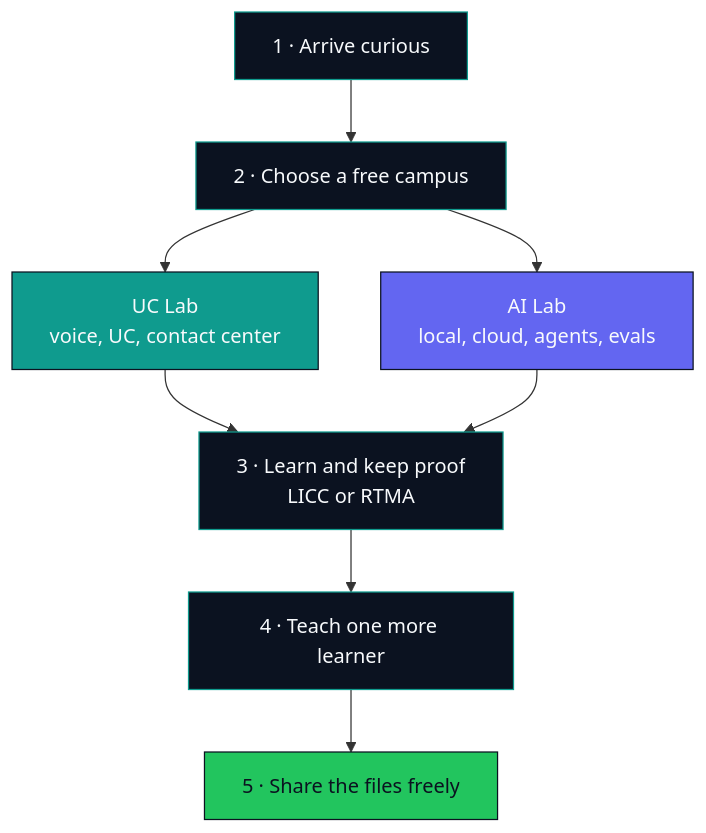
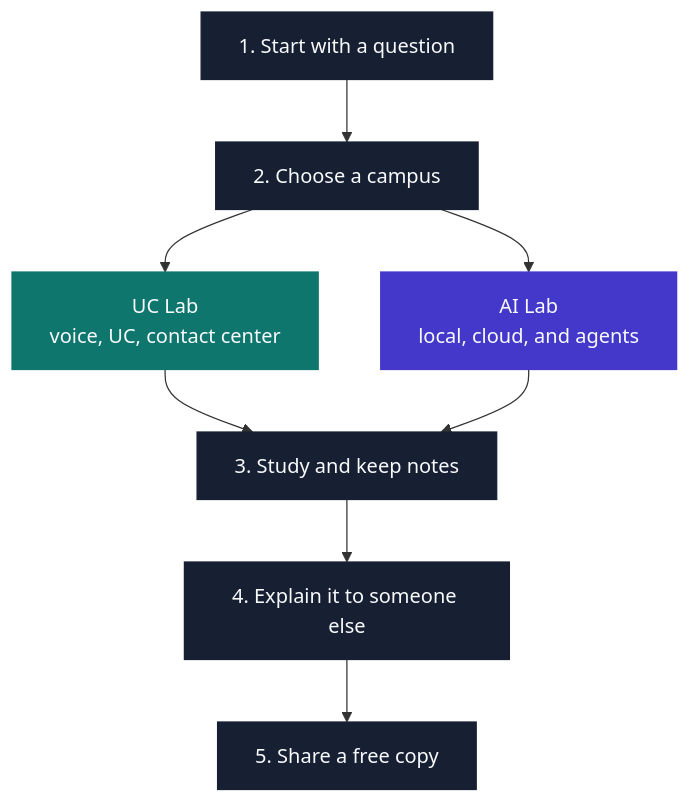
Before and after one commit to cipher0x9/cipher0x9: the diagram in README.md, drawn with Mermaid. The commit also changed other lines of this file and 6 other files, not shown here.

````diff
--- a/README.md
+++ b/README.md
@@ -134,20 +140,18 @@
 ```mermaid
 flowchart TD
-    A["1 · Arrive curious"] --> B["2 · Choose a free campus"]
+    A["1. Start with a question"] --> B["2. Choose a campus"]
     B --> C["UC Lab<br/>voice, UC, contact center"]
-    B --> D["AI Lab<br/>local, cloud, agents, evals"]
-    C --> E["3 · Learn and keep proof<br/>LICC or RTMA"]
+    B --> D["AI Lab<br/>local, cloud, and agents"]
+    C --> E["3. Study and keep notes"]
     D --> E
-    E --> F["4 · Teach one more learner"]
-    F --> G["5 · Share the files freely"]
+    E --> F["4. Explain it to someone else"]
+    F --> G["5. Share a free copy"]
 
-    classDef ink fill:#0B1220,stroke:#0F9B8E,color:#F8FAFC
-    classDef uc fill:#0F9B8E,stroke:#0B1220,color:#F8FAFC
-    classDef ai fill:#6366F1,stroke:#0B1220,color:#F8FAFC
-    classDef done fill:#22C55E,stroke:#0B1220,color:#0B1220
+    classDef ink fill:#172033,stroke:#172033,color:#F8FAFC
+    classDef uc fill:#0F766E,stroke:#0F766E,color:#F8FAFC
+    classDef ai fill:#4338CA,stroke:#4338CA,color:#F8FAFC
 
-    class A,B,E,F ink
+    class A,B,E,F,G ink
     class C uc
     class D ai
-    class G done
 ```
````
